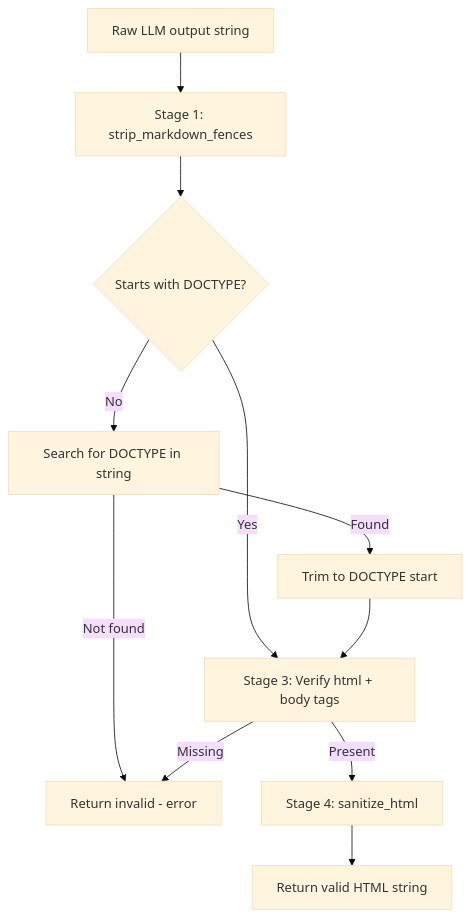
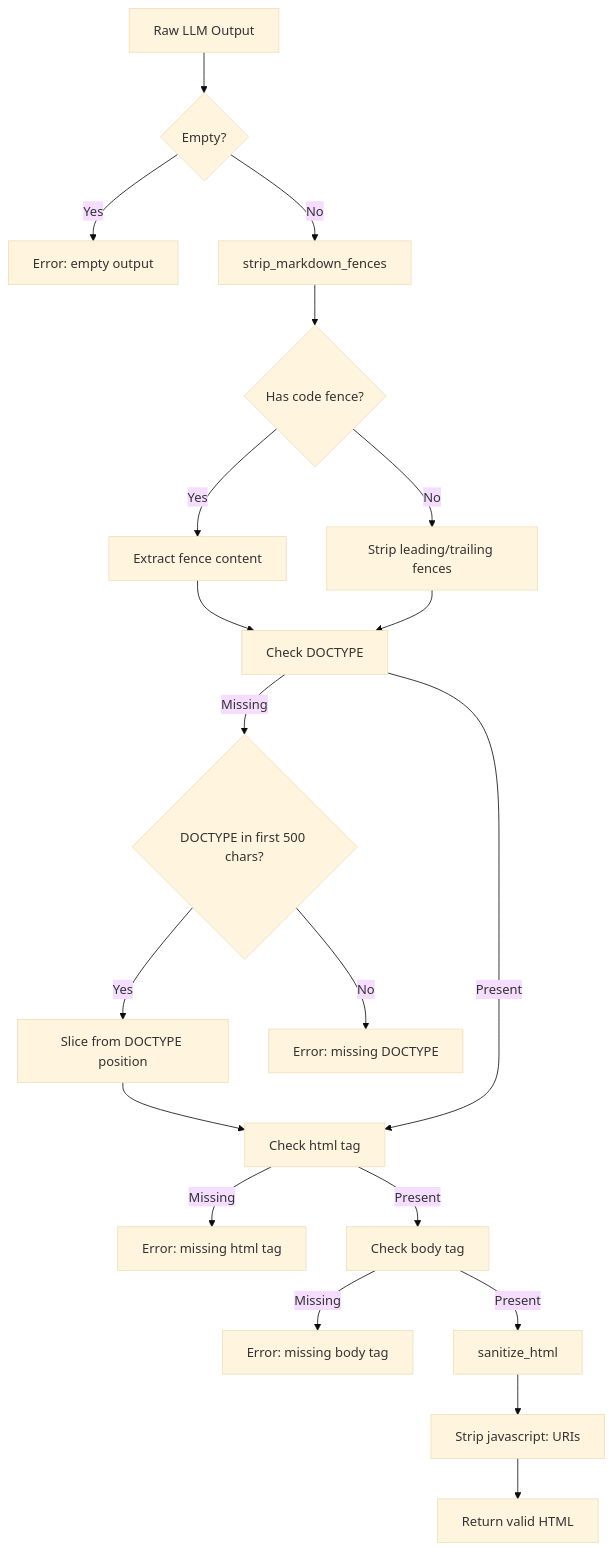
The fifth of 5 diagrams in docs/project_doc.md (ansonjaison/instant-dashboard), drawn with Mermaid (base theme) before and after one commit. The commit also changed other lines of this file, not shown here.

````diff
--- a/docs/project_doc.md
+++ b/docs/project_doc.md
@@ -253,13 +1544,22 @@
 ```mermaid
 flowchart TD
-    A[Raw LLM output string] --> B[Stage 1: strip_markdown_fences]
-    B --> C{Starts with DOCTYPE?}
-    C -->|No| D[Search for DOCTYPE in string]
-    D -->|Found| E[Trim to DOCTYPE start]
-    D -->|Not found| F[Return invalid - error]
-    C -->|Yes| G[Stage 3: Verify html + body tags]
-    E --> G
-    G -->|Missing| F
-    G -->|Present| H[Stage 4: sanitize_html]
-    H --> I[Return valid HTML string]
+    A[Raw LLM Output] --> B{Empty?}
+    B -->|Yes| ERR1[Error: empty output]
+    B -->|No| C[strip_markdown_fences]
+    C --> D{Has code fence?}
+    D -->|Yes| E[Extract fence content]
+    D -->|No| F[Strip leading/trailing fences]
+    E --> G[Check DOCTYPE]
+    F --> G
+    G -->|Missing| H{DOCTYPE in first 500 chars?}
+    H -->|Yes| I[Slice from DOCTYPE position]
+    H -->|No| ERR2[Error: missing DOCTYPE]
+    I --> J[Check html tag]
+    G -->|Present| J
+    J -->|Missing| ERR3[Error: missing html tag]
+    J -->|Present| K[Check body tag]
+    K -->|Missing| ERR4[Error: missing body tag]
+    K -->|Present| L[sanitize_html]
+    L --> M[Strip javascript: URIs]
+    M --> OK[Return valid HTML]
 ```
````
